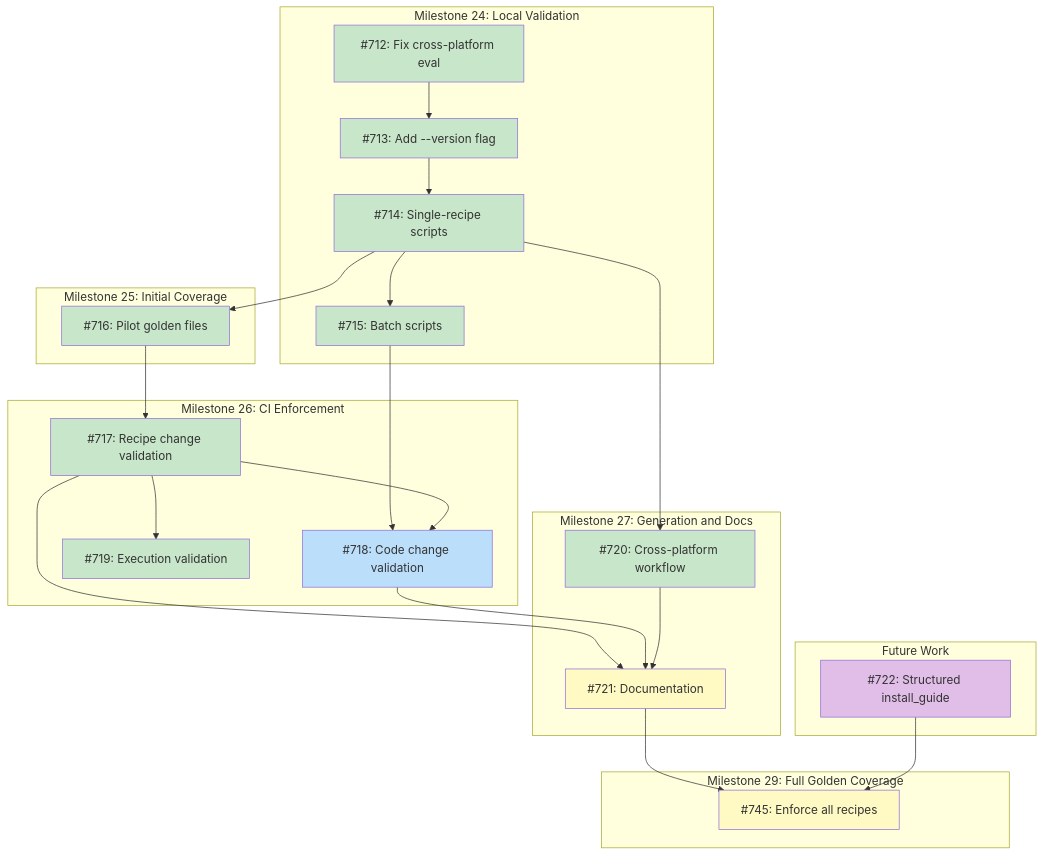
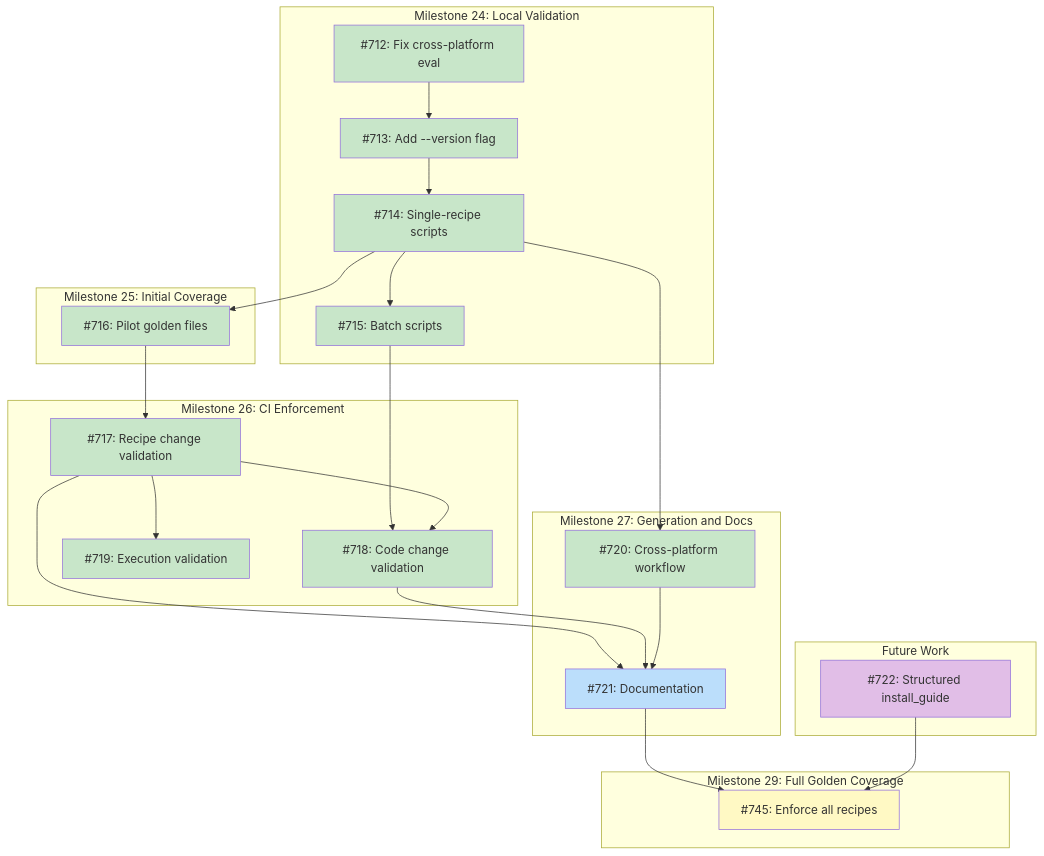
The diagram in docs/DESIGN-golden-plan-testing.md (tsukumogami/tsuku), drawn with Mermaid before and after one commit. The commit also changed 1 other file, not shown here.

Commit message:
ci(golden): add workflow to validate golden files on code changes (#751)
Adds a CI workflow that validates all golden files when plan-affecting
code
changes. Uses fine-grained path filtering to minimize unnecessary
validation
runs - changes to execution-only files (extract.go, chmod.go, etc.) do
not
trigger validation.

The workflow triggers on changes to ~21 specific files that affect plan
generation, down from ~54 files if wildcards were used. This reduces CI
load for most PRs while still catching regressions in plan generation
logic.

````diff
--- a/docs/DESIGN-golden-plan-testing.md
+++ b/docs/DESIGN-golden-plan-testing.md
@@ -48,57 +48,57 @@
 ```mermaid
 graph TD
     subgraph M24["Milestone 24: Local Validation"]
         I712["#712: Fix cross-platform eval"]
         I713["#713: Add --version flag"]
         I714["#714: Single-recipe scripts"]
         I715["#715: Batch scripts"]
     end
 
     subgraph M25["Milestone 25: Initial Coverage"]
         I716["#716: Pilot golden files"]
     end
 
     subgraph M26["Milestone 26: CI Enforcement"]
         I717["#717: Recipe change validation"]
         I718["#718: Code change validation"]
         I719["#719: Execution validation"]
     end
 
     subgraph M27["Milestone 27: Generation and Docs"]
         I720["#720: Cross-platform workflow"]
         I721["#721: Documentation"]
     end
 
     subgraph M29["Milestone 29: Full Golden Coverage"]
         I745["#745: Enforce all recipes"]
     end
 
     subgraph Future["Future Work"]
         I722["#722: Structured install_guide"]
     end
 
     I712 --> I713
     I713 --> I714
     I714 --> I715
     I714 --> I716
     I714 --> I720
     I716 --> I717
     I715 --> I718
     I717 --> I718
     I717 --> I719
     I717 --> I721
     I718 --> I721
     I720 --> I721
     I721 --> I745
     I722 --> I745
 
     classDef done fill:#c8e6c9
     classDef ready fill:#bbdefb
     classDef blocked fill:#fff9c4
     classDef needsDesign fill:#e1bee7
 
-    class I712,I713,I714,I715,I716,I717,I719,I720 done
-    class I718 ready
-    class I721,I745 blocked
+    class I712,I713,I714,I715,I716,I717,I718,I719,I720 done
+    class I721 ready
+    class I745 blocked
     class I722 needsDesign
 ```
````
